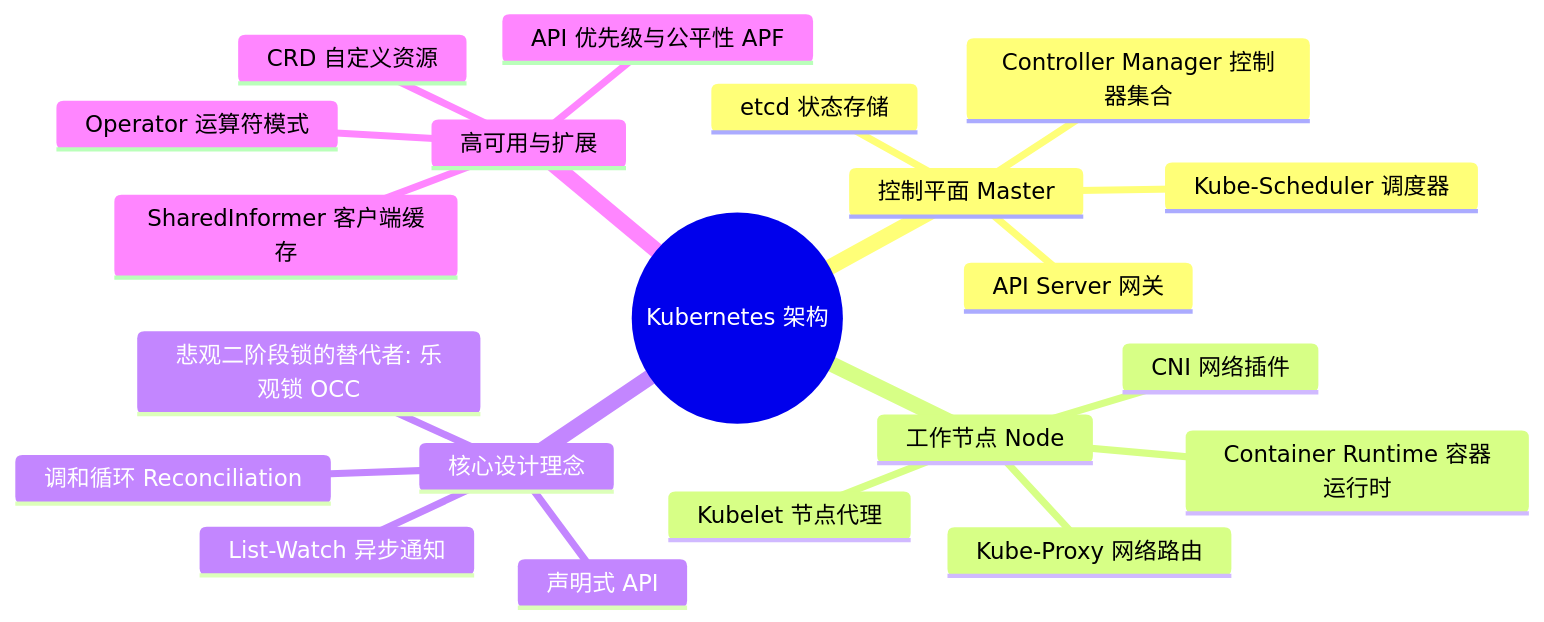
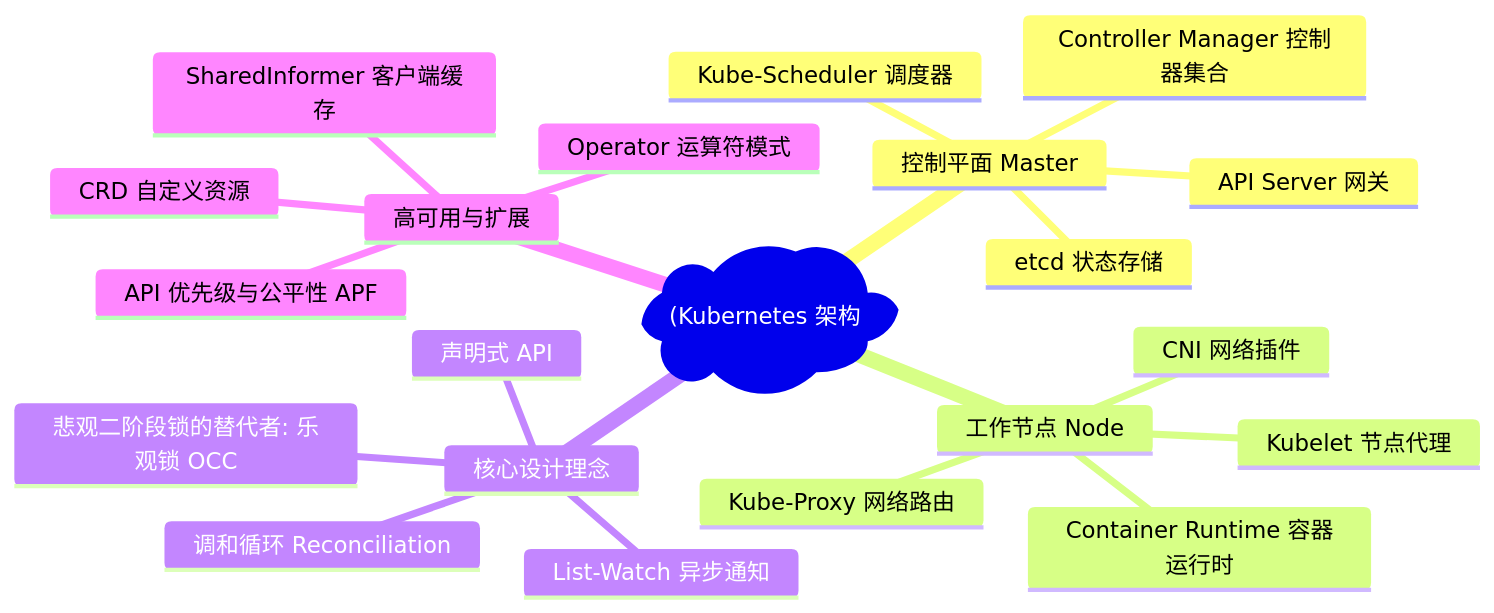
One commit to koosai/AI-Architect-Learning changed the first of 8 diagrams in docs/atlas/kubernetes.mdx. Above: the diagram before and after it, drawn with Mermaid. The commit also changed other lines of this file and 187 other files, not shown here.

Commit message:
fix(mermaid): fix all unquoted parens and edge label syntax errors across all docs

````diff
--- a/docs/atlas/kubernetes.mdx
+++ b/docs/atlas/kubernetes.mdx
@@ -79,24 +79,24 @@
 ```mermaid
 mindmap
-  root((Kubernetes 架构))
+  root("(Kubernetes 架构"))
     控制平面 Master
       API Server 网关
       etcd 状态存储
       Kube-Scheduler 调度器
       Controller Manager 控制器集合
     工作节点 Node
       Kubelet 节点代理
       Kube-Proxy 网络路由
       Container Runtime 容器运行时
       CNI 网络插件
     核心设计理念
       声明式 API
       调和循环 Reconciliation
       List-Watch 异步通知
       悲观二阶段锁的替代者: 乐观锁 OCC
     高可用与扩展
       CRD 自定义资源
       Operator 运算符模式
       API 优先级与公平性 APF
       SharedInformer 客户端缓存
 ```
````
